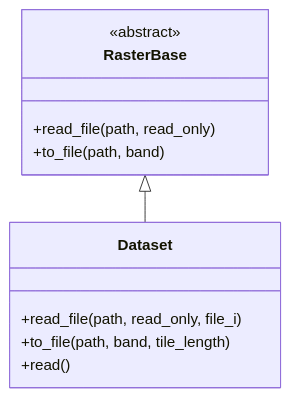
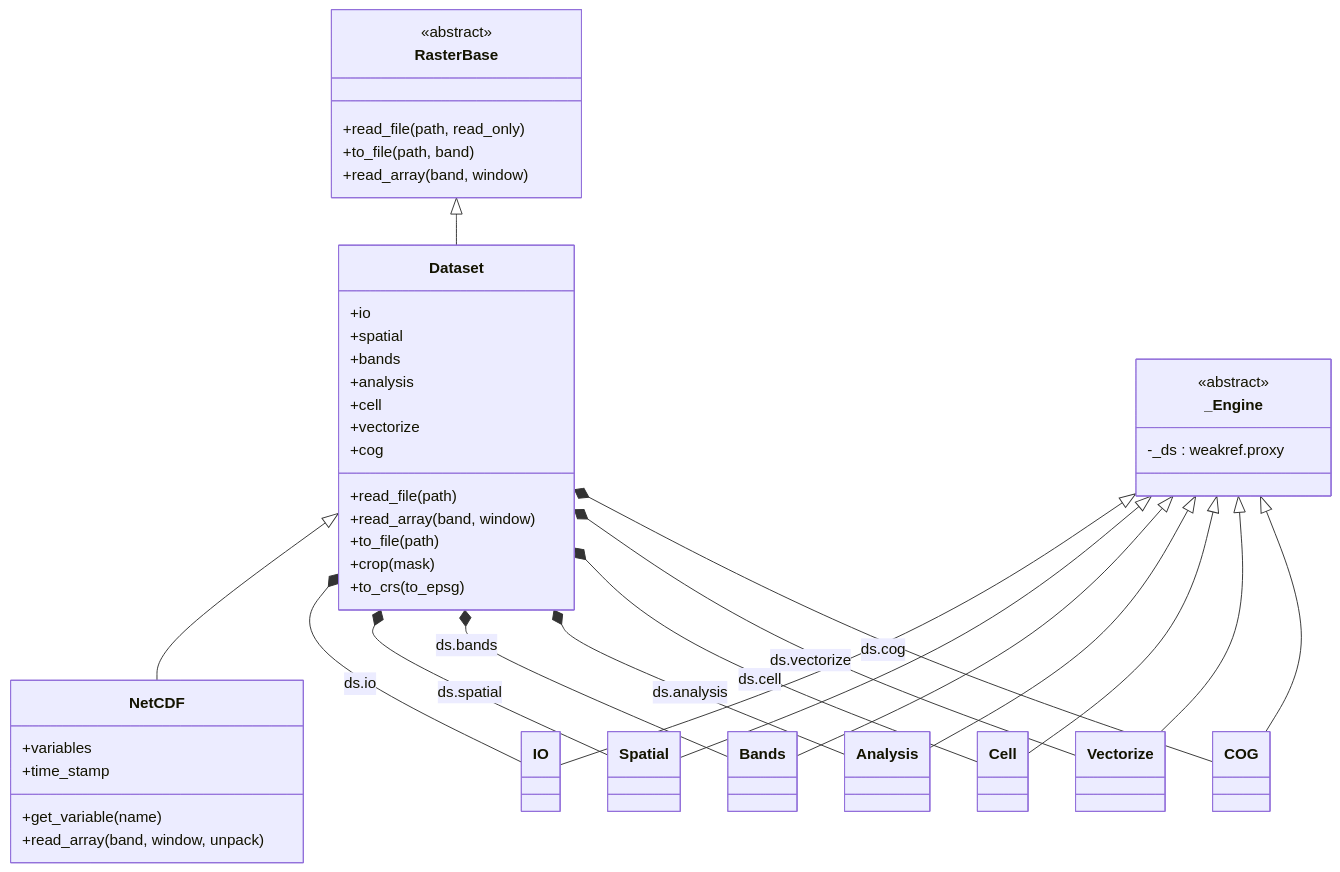
Before and after one commit to serapeum-org/pyramids: the fourth of 13 diagrams in docs/architecture/diagrams.md, drawn with Mermaid. The commit also changed other lines of this file and 3 other files, not shown here.

````diff
--- a/docs/architecture/diagrams.md
+++ b/docs/architecture/diagrams.md
@@ -52,14 +108,57 @@
 ```mermaid
 classDiagram
   class RasterBase {
     <<abstract>>
     +read_file(path, read_only)
     +to_file(path, band)
+    +read_array(band, window)
   }
   class Dataset {
-    +read_file(path, read_only, file_i)
-    +to_file(path, band, tile_length)
-    +read()
+    +io
+    +spatial
+    +bands
+    +analysis
+    +cell
+    +vectorize
+    +cog
+    +read_file(path)
+    +read_array(band, window)
+    +to_file(path)
+    +crop(mask)
+    +to_crs(to_epsg)
   }
+  class NetCDF {
+    +variables
+    +get_variable(name)
+    +read_array(band, window, unpack)
+    +time_stamp
+  }
+  class _Engine {
+    <<abstract>>
+    -_ds : weakref.proxy
+  }
+  class IO
+  class Spatial
+  class Bands
+  class Analysis
+  class Cell
+  class Vectorize
+  class COG
+
   RasterBase <|-- Dataset
+  Dataset <|-- NetCDF
+  _Engine <|-- IO
+  _Engine <|-- Spatial
+  _Engine <|-- Bands
+  _Engine <|-- Analysis
+  _Engine <|-- Cell
+  _Engine <|-- Vectorize
+  _Engine <|-- COG
+  Dataset *-- IO : ds.io
+  Dataset *-- Spatial : ds.spatial
+  Dataset *-- Bands : ds.bands
+  Dataset *-- Analysis : ds.analysis
+  Dataset *-- Cell : ds.cell
+  Dataset *-- Vectorize : ds.vectorize
+  Dataset *-- COG : ds.cog
 ```
````
